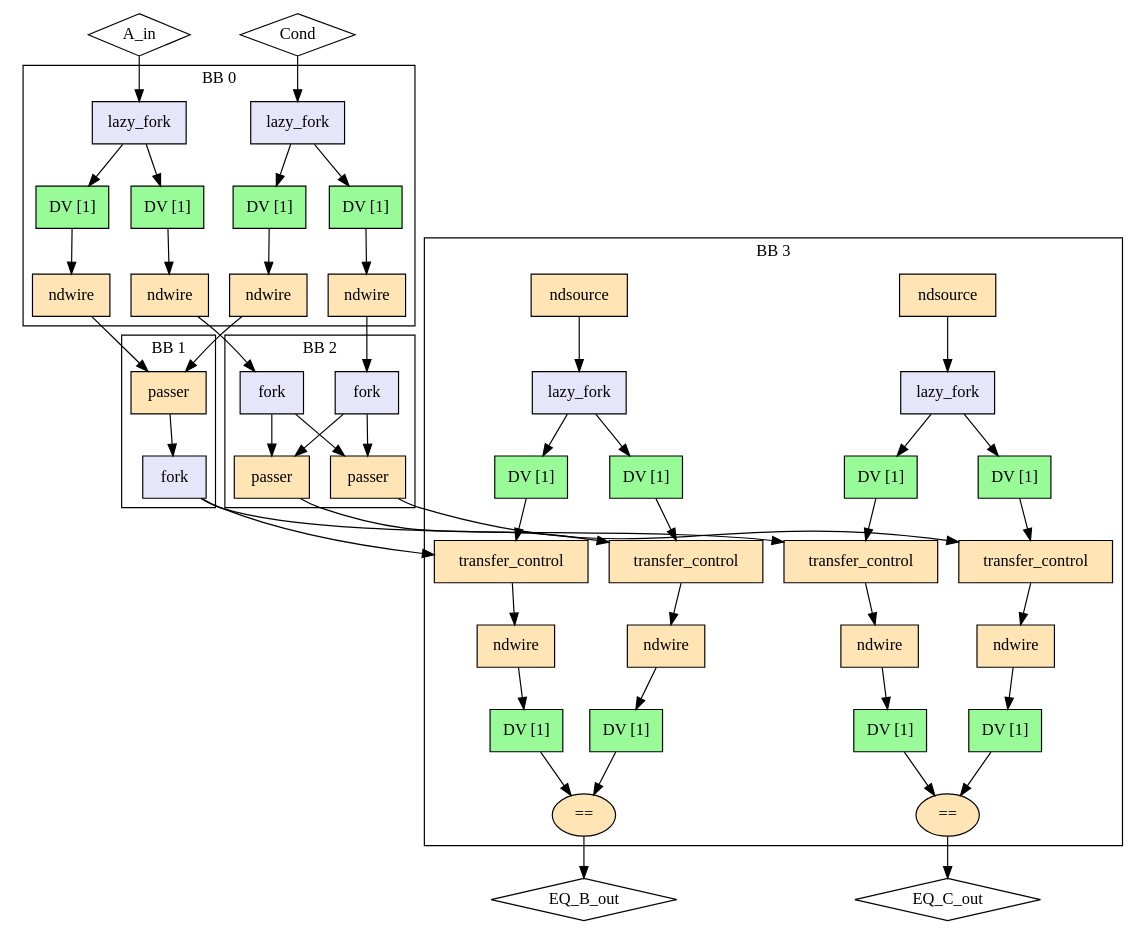
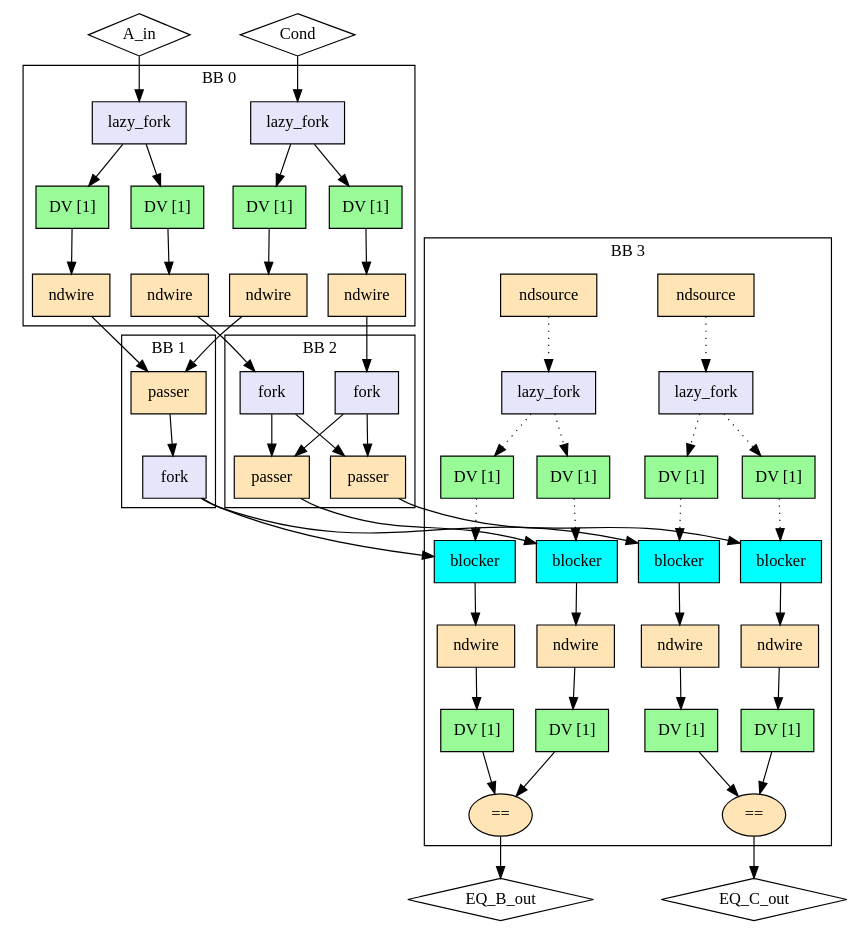
Before and after one commit to EPFL-LAP/dynamatic: the diagram in experimental/tools/elastic-miter/out/sup_fork/miter/model.dot, drawn with Graphviz. The commit also changed 159 other files, not shown here.

```diff
--- a/experimental/tools/elastic-miter/out/sup_fork/miter/model.dot
+++ b/experimental/tools/elastic-miter/out/sup_fork/miter/model.dot
@@ -11,10 +11,10 @@
   "rhs_in_ndw_A_in" -> "rhs_fork" ["dir"="both", "style"="solid", "arrowhead"="normal", "from_idx"="0", "to"="ins", "arrowtail"="none", "from"="outs", "to_idx"="0"]
   "lhs_in_ndw_Cond" -> "lhs_passer1" ["dir"="both", "style"="solid", "arrowhead"="normal", "from_idx"="0", "to"="ctrl", "arrowtail"="none", "from"="outs", "to_idx"="1"]
   "rhs_in_ndw_Cond" -> "rhs_fork_cond" ["dir"="both", "style"="solid", "arrowhead"="normal", "from_idx"="0", "to"="ins", "arrowtail"="none", "from"="outs", "to_idx"="0"]
-  "lhs_fork" -> "out_lhs_tc_B_out" ["dir"="both", "style"="solid", "arrowhead"="normal", "from_idx"="0", "to"="ins", "arrowtail"="none", "from"="outs_0", "to_idx"="0"]
-  "lhs_fork" -> "out_lhs_tc_C_out" ["dir"="both", "style"="solid", "arrowhead"="normal", "from_idx"="1", "to"="ins", "arrowtail"="none", "from"="outs_1", "to_idx"="0"]
-  "rhs_passer1" -> "out_rhs_tc_B_out" ["dir"="both", "style"="solid", "arrowhead"="normal", "from_idx"="0", "to"="ins", "arrowtail"="none", "from"="result", "to_idx"="0"]
-  "rhs_passer2" -> "out_rhs_tc_C_out" ["dir"="both", "style"="solid", "arrowhead"="normal", "from_idx"="0", "to"="ins", "arrowtail"="none", "from"="result", "to_idx"="0"]
+  "lhs_fork" -> "out_lhs_bl_B_out" ["dir"="both", "style"="solid", "arrowhead"="normal", "from_idx"="0", "to"="ins", "arrowtail"="none", "from"="outs_0", "to_idx"="0"]
+  "lhs_fork" -> "out_lhs_bl_C_out" ["dir"="both", "style"="solid", "arrowhead"="normal", "from_idx"="1", "to"="ins", "arrowtail"="none", "from"="outs_1", "to_idx"="0"]
+  "rhs_passer1" -> "out_rhs_bl_B_out" ["dir"="both", "style"="solid", "arrowhead"="normal", "from_idx"="0", "to"="ins", "arrowtail"="none", "from"="result", "to_idx"="0"]
+  "rhs_passer2" -> "out_rhs_bl_C_out" ["dir"="both", "style"="solid", "arrowhead"="normal", "from_idx"="0", "to"="ins", "arrowtail"="none", "from"="result", "to_idx"="0"]
   "out_eq_B_out" -> "EQ_B_out" ["dir"="both", "style"="solid", "arrowhead"="normal", "from_idx"="0", "to"="EQ_B_out", "arrowtail"="none", "from"="result", "to_idx"="0"]
   "out_eq_C_out" -> "EQ_C_out" ["dir"="both", "style"="solid", "arrowhead"="normal", "from_idx"="0", "to"="EQ_C_out", "arrowtail"="none", "from"="result", "to_idx"="1"]
   subgraph cluster0 {
@@ -61,8 +61,8 @@
     "out_lf_B_out" ["style"="filled", "fillcolor"="lavender", "shape"="box", "label"="lazy_fork", "mlir_op"="handshake.lazy_fork"]
     "out_buf_lhs_nds_B_out" ["style"="filled", "fillcolor"="palegreen", "shape"="box", "label"="DV [1]", "mlir_op"="handshake.buffer"]
     "out_buf_rhs_nds_B_out" ["style"="filled", "fillcolor"="palegreen", "shape"="box", "label"="DV [1]", "mlir_op"="handshake.buffer"]
-    "out_lhs_tc_B_out" ["style"="filled", "fillcolor"="moccasin", "shape"="box", "label"="transfer_control", "mlir_op"="handshake.transfer_control"]
-    "out_rhs_tc_B_out" ["style"="filled", "fillcolor"="moccasin", "shape"="box", "label"="transfer_control", "mlir_op"="handshake.transfer_control"]
+    "out_lhs_bl_B_out" ["style"="filled", "fillcolor"="cyan", "shape"="box", "label"="blocker", "mlir_op"="handshake.blocker"]
+    "out_rhs_bl_B_out" ["style"="filled", "fillcolor"="cyan", "shape"="box", "label"="blocker", "mlir_op"="handshake.blocker"]
     "lhs_out_ndw_B_out" ["style"="filled", "fillcolor"="moccasin", "shape"="box", "label"="ndwire", "mlir_op"="handshake.ndwire"]
     "rhs_out_ndw_B_out" ["style"="filled", "fillcolor"="moccasin", "shape"="box", "label"="ndwire", "mlir_op"="handshake.ndwire"]
     "lhs_out_buf_B_out" ["style"="filled", "fillcolor"="palegreen", "shape"="box", "label"="DV [1]", "mlir_op"="handshake.buffer"]
@@ -72,31 +72,31 @@
     "out_lf_C_out" ["style"="filled", "fillcolor"="lavender", "shape"="box", "label"="lazy_fork", "mlir_op"="handshake.lazy_fork"]
     "out_buf_lhs_nds_C_out" ["style"="filled", "fillcolor"="palegreen", "shape"="box", "label"="DV [1]", "mlir_op"="handshake.buffer"]
     "out_buf_rhs_nds_C_out" ["style"="filled", "fillcolor"="palegreen", "shape"="box", "label"="DV [1]", "mlir_op"="handshake.buffer"]
-    "out_lhs_tc_C_out" ["style"="filled", "fillcolor"="moccasin", "shape"="box", "label"="transfer_control", "mlir_op"="handshake.transfer_control"]
-    "out_rhs_tc_C_out" ["style"="filled", "fillcolor"="moccasin", "shape"="box", "label"="transfer_control", "mlir_op"="handshake.transfer_control"]
+    "out_lhs_bl_C_out" ["style"="filled", "fillcolor"="cyan", "shape"="box", "label"="blocker", "mlir_op"="handshake.blocker"]
+    "out_rhs_bl_C_out" ["style"="filled", "fillcolor"="cyan", "shape"="box", "label"="blocker", "mlir_op"="handshake.blocker"]
     "lhs_out_ndw_C_out" ["style"="filled", "fillcolor"="moccasin", "shape"="box", "label"="ndwire", "mlir_op"="handshake.ndwire"]
     "rhs_out_ndw_C_out" ["style"="filled", "fillcolor"="moccasin", "shape"="box", "label"="ndwire", "mlir_op"="handshake.ndwire"]
     "lhs_out_buf_C_out" ["style"="filled", "fillcolor"="palegreen", "shape"="box", "label"="DV [1]", "mlir_op"="handshake.buffer"]
     "rhs_out_buf_C_out" ["style"="filled", "fillcolor"="palegreen", "shape"="box", "label"="DV [1]", "mlir_op"="handshake.buffer"]
     "out_eq_C_out" ["style"="filled", "fillcolor"="moccasin", "shape"="oval", "label"="==", "mlir_op"="handshake.cmpi=="]
-    "out_nds_B_out" -> "out_lf_B_out" ["dir"="both", "style"="solid", "arrowhead"="normal", "from_idx"="0", "to"="ins", "arrowtail"="none", "from"="result", "to_idx"="0"]
-    "out_lf_B_out" -> "out_buf_lhs_nds_B_out" ["dir"="both", "style"="solid", "arrowhead"="normal", "from_idx"="0", "to"="ins", "arrowtail"="none", "from"="outs_0", "to_idx"="0"]
-    "out_lf_B_out" -> "out_buf_rhs_nds_B_out" ["dir"="both", "style"="solid", "arrowhead"="normal", "from_idx"="1", "to"="ins", "arrowtail"="none", "from"="outs_1", "to_idx"="0"]
-    "out_buf_lhs_nds_B_out" -> "out_lhs_tc_B_out" ["dir"="both", "style"="solid", "arrowhead"="normal", "from_idx"="0", "to"="ctrl", "arrowtail"="none", "from"="outs", "to_idx"="1"]
-    "out_buf_rhs_nds_B_out" -> "out_rhs_tc_B_out" ["dir"="both", "style"="solid", "arrowhead"="normal", "from_idx"="0", "to"="ctrl", "arrowtail"="none", "from"="outs", "to_idx"="1"]
-    "out_lhs_tc_B_out" -> "lhs_out_ndw_B_out" ["dir"="both", "style"="solid", "arrowhead"="normal", "from_idx"="0", "to"="ins", "arrowtail"="none", "from"="outs", "to_idx"="0"]
-    "out_rhs_tc_B_out" -> "rhs_out_ndw_B_out" ["dir"="both", "style"="solid", "arrowhead"="normal", "from_idx"="0", "to"="ins", "arrowtail"="none", "from"="outs", "to_idx"="0"]
+    "out_nds_B_out" -> "out_lf_B_out" ["dir"="both", "style"="dotted", "arrowhead"="normal", "from_idx"="0", "to"="ins", "arrowtail"="none", "from"="result", "to_idx"="0"]
+    "out_lf_B_out" -> "out_buf_lhs_nds_B_out" ["dir"="both", "style"="dotted", "arrowhead"="normal", "from_idx"="0", "to"="ins", "arrowtail"="none", "from"="outs_0", "to_idx"="0"]
+    "out_lf_B_out" -> "out_buf_rhs_nds_B_out" ["dir"="both", "style"="dotted", "arrowhead"="normal", "from_idx"="1", "to"="ins", "arrowtail"="none", "from"="outs_1", "to_idx"="0"]
+    "out_buf_lhs_nds_B_out" -> "out_lhs_bl_B_out" ["dir"="both", "style"="dotted", "arrowhead"="normal", "from_idx"="0", "to"="ctrl", "arrowtail"="none", "from"="outs", "to_idx"="1"]
+    "out_buf_rhs_nds_B_out" -> "out_rhs_bl_B_out" ["dir"="both", "style"="dotted", "arrowhead"="normal", "from_idx"="0", "to"="ctrl", "arrowtail"="none", "from"="outs", "to_idx"="1"]
+    "out_lhs_bl_B_out" -> "lhs_out_ndw_B_out" ["dir"="both", "style"="solid", "arrowhead"="normal", "from_idx"="0", "to"="ins", "arrowtail"="none", "from"="outs", "to_idx"="0"]
+    "out_rhs_bl_B_out" -> "rhs_out_ndw_B_out" ["dir"="both", "style"="solid", "arrowhead"="normal", "from_idx"="0", "to"="ins", "arrowtail"="none", "from"="outs", "to_idx"="0"]
     "lhs_out_ndw_B_out" -> "lhs_out_buf_B_out" ["dir"="both", "style"="solid", "arrowhead"="normal", "from_idx"="0", "to"="ins", "arrowtail"="none", "from"="outs", "to_idx"="0"]
     "rhs_out_ndw_B_out" -> "rhs_out_buf_B_out" ["dir"="both", "style"="solid", "arrowhead"="normal", "from_idx"="0", "to"="ins", "arrowtail"="none", "from"="outs", "to_idx"="0"]
     "lhs_out_buf_B_out" -> "out_eq_B_out" ["dir"="both", "style"="solid", "arrowhead"="normal", "from_idx"="0", "to"="lhs", "arrowtail"="none", "from"="outs", "to_idx"="0"]
     "rhs_out_buf_B_out" -> "out_eq_B_out" ["dir"="both", "style"="solid", "arrowhead"="normal", "from_idx"="0", "to"="rhs", "arrowtail"="none", "from"="outs", "to_idx"="1"]
-    "out_nds_C_out" -> "out_lf_C_out" ["dir"="both", "style"="solid", "arrowhead"="normal", "from_idx"="0", "to"="ins", "arrowtail"="none", "from"="result", "to_idx"="0"]
-    "out_lf_C_out" -> "out_buf_lhs_nds_C_out" ["dir"="both", "style"="solid", "arrowhead"="normal", "from_idx"="0", "to"="ins", "arrowtail"="none", "from"="outs_0", "to_idx"="0"]
-    "out_lf_C_out" -> "out_buf_rhs_nds_C_out" ["dir"="both", "style"="solid", "arrowhead"="normal", "from_idx"="1", "to"="ins", "arrowtail"="none", "from"="outs_1", "to_idx"="0"]
-    "out_buf_lhs_nds_C_out" -> "out_lhs_tc_C_out" ["dir"="both", "style"="solid", "arrowhead"="normal", "from_idx"="0", "to"="ctrl", "arrowtail"="none", "from"="outs", "to_idx"="1"]
-    "out_buf_rhs_nds_C_out" -> "out_rhs_tc_C_out" ["dir"="both", "style"="solid", "arrowhead"="normal", "from_idx"="0", "to"="ctrl", "arrowtail"="none", "from"="outs", "to_idx"="1"]
-    "out_lhs_tc_C_out" -> "lhs_out_ndw_C_out" ["dir"="both", "style"="solid", "arrowhead"="normal", "from_idx"="0", "to"="ins", "arrowtail"="none", "from"="outs", "to_idx"="0"]
-    "out_rhs_tc_C_out" -> "rhs_out_ndw_C_out" ["dir"="both", "style"="solid", "arrowhead"="normal", "from_idx"="0", "to"="ins", "arrowtail"="none", "from"="outs", "to_idx"="0"]
+    "out_nds_C_out" -> "out_lf_C_out" ["dir"="both", "style"="dotted", "arrowhead"="normal", "from_idx"="0", "to"="ins", "arrowtail"="none", "from"="result", "to_idx"="0"]
+    "out_lf_C_out" -> "out_buf_lhs_nds_C_out" ["dir"="both", "style"="dotted", "arrowhead"="normal", "from_idx"="0", "to"="ins", "arrowtail"="none", "from"="outs_0", "to_idx"="0"]
+    "out_lf_C_out" -> "out_buf_rhs_nds_C_out" ["dir"="both", "style"="dotted", "arrowhead"="normal", "from_idx"="1", "to"="ins", "arrowtail"="none", "from"="outs_1", "to_idx"="0"]
+    "out_buf_lhs_nds_C_out" -> "out_lhs_bl_C_out" ["dir"="both", "style"="dotted", "arrowhead"="normal", "from_idx"="0", "to"="ctrl", "arrowtail"="none", "from"="outs", "to_idx"="1"]
+    "out_buf_rhs_nds_C_out" -> "out_rhs_bl_C_out" ["dir"="both", "style"="dotted", "arrowhead"="normal", "from_idx"="0", "to"="ctrl", "arrowtail"="none", "from"="outs", "to_idx"="1"]
+    "out_lhs_bl_C_out" -> "lhs_out_ndw_C_out" ["dir"="both", "style"="solid", "arrowhead"="normal", "from_idx"="0", "to"="ins", "arrowtail"="none", "from"="outs", "to_idx"="0"]
+    "out_rhs_bl_C_out" -> "rhs_out_ndw_C_out" ["dir"="both", "style"="solid", "arrowhead"="normal", "from_idx"="0", "to"="ins", "arrowtail"="none", "from"="outs", "to_idx"="0"]
     "lhs_out_ndw_C_out" -> "lhs_out_buf_C_out" ["dir"="both", "style"="solid", "arrowhead"="normal", "from_idx"="0", "to"="ins", "arrowtail"="none", "from"="outs", "to_idx"="0"]
     "rhs_out_ndw_C_out" -> "rhs_out_buf_C_out" ["dir"="both", "style"="solid", "arrowhead"="normal", "from_idx"="0", "to"="ins", "arrowtail"="none", "from"="outs", "to_idx"="0"]
     "lhs_out_buf_C_out" -> "out_eq_C_out" ["dir"="both", "style"="solid", "arrowhead"="normal", "from_idx"="0", "to"="lhs", "arrowtail"="none", "from"="outs", "to_idx"="0"]
```
